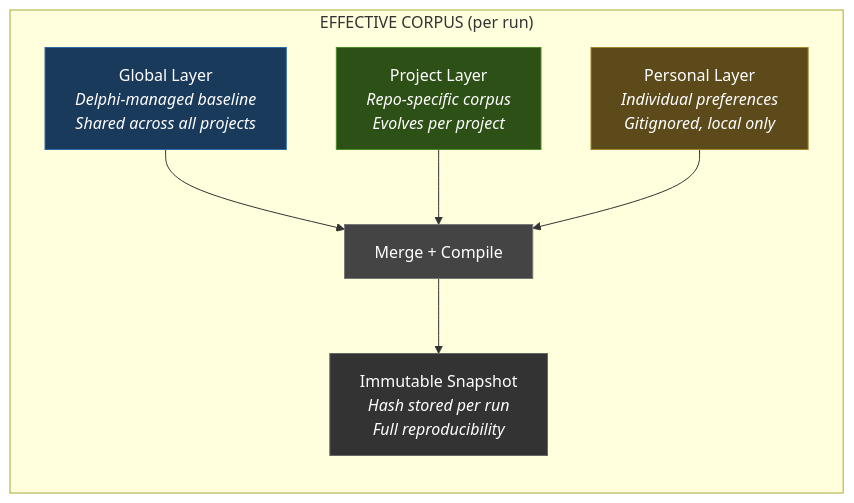
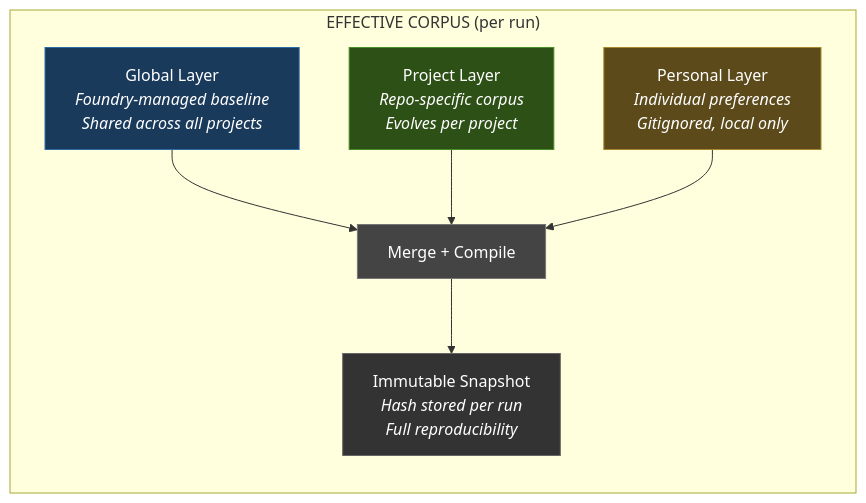
One commit to inixiative/foundry changed the fourth of 11 diagrams in PROPOSAL.md. Above: the diagram before and after it, drawn with Mermaid. The commit also changed other lines of this file, not shown here.

First line of the commit message:
Rename project from Delphi to Foundry

````diff
--- a/PROPOSAL.md
+++ b/PROPOSAL.md
@@ -118,20 +118,20 @@
 ```mermaid
 graph TB
     subgraph "EFFECTIVE CORPUS (per run)"
         direction TB
-        G["Global Layer<br/><i>Delphi-managed baseline</i><br/><i>Shared across all projects</i>"]
+        G["Global Layer<br/><i>Foundry-managed baseline</i><br/><i>Shared across all projects</i>"]
         P["Project Layer<br/><i>Repo-specific corpus</i><br/><i>Evolves per project</i>"]
         L["Personal Layer<br/><i>Individual preferences</i><br/><i>Gitignored, local only</i>"]
 
         G --> MERGE["Merge + Compile"]
         P --> MERGE
         L --> MERGE
         MERGE --> SNAP["Immutable Snapshot<br/><i>Hash stored per run</i><br/><i>Full reproducibility</i>"]
     end
 
     style G fill:#1a3a5c,stroke:#2e6ba6,color:#fff
     style P fill:#2d5016,stroke:#4a8c28,color:#fff
     style L fill:#5c4a1a,stroke:#a6862e,color:#fff
     style SNAP fill:#333,stroke:#666,color:#fff
     style MERGE fill:#444,stroke:#777,color:#fff
 ```
````
